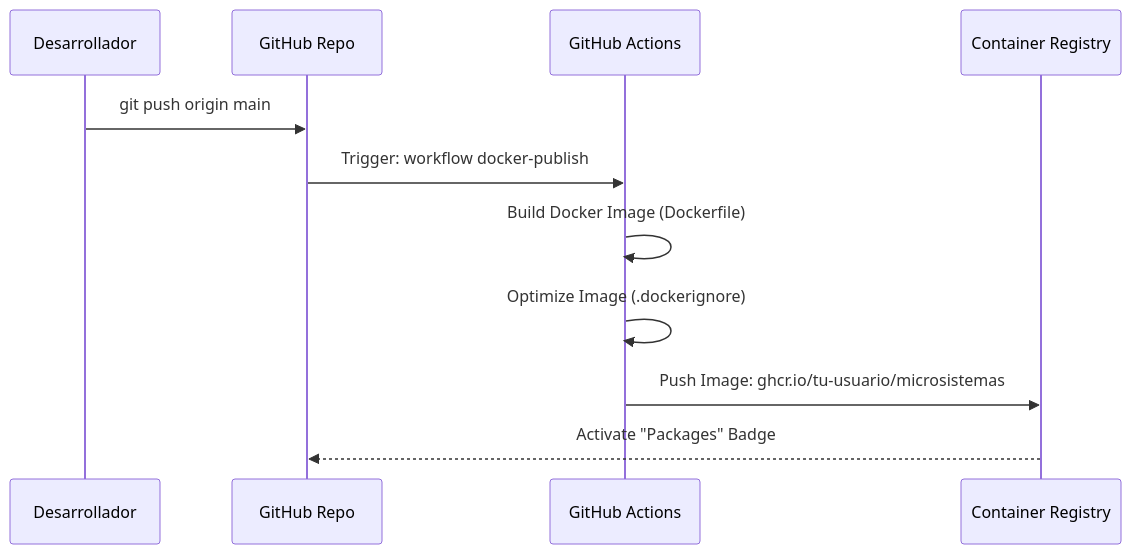
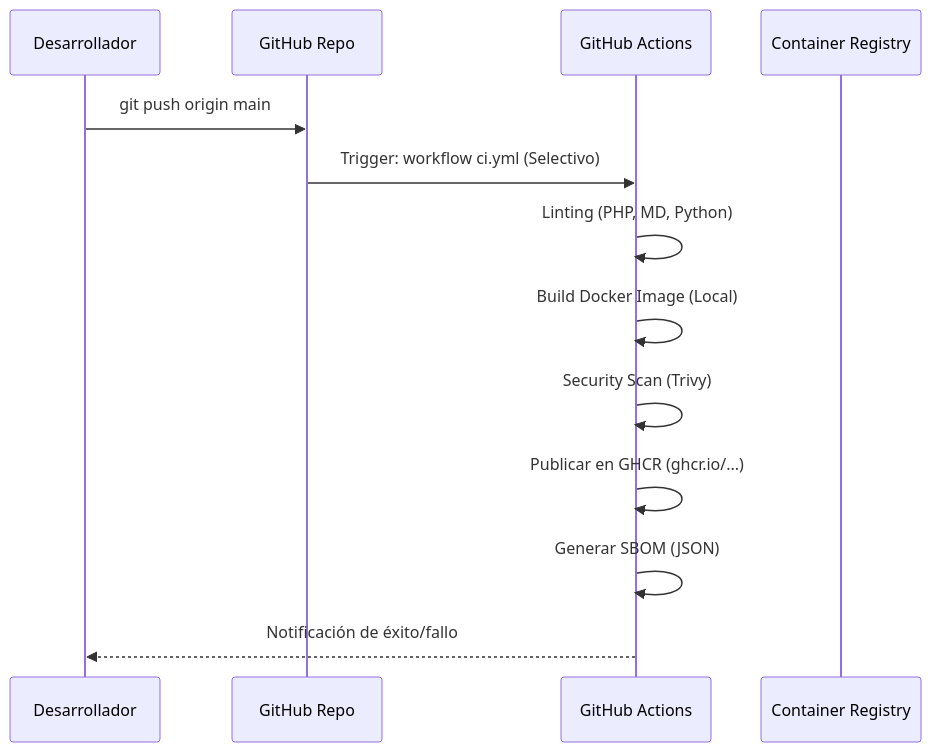
The second of 2 diagrams in docs/ARCHITECTURE.md (vladimiracunadev-create/microsistemas), drawn with Mermaid before and after one commit. The commit also changed 2 other files, not shown here.

Commit message:
docs: actualización final de especificaciones técnicas, arquitectura y catálogo

````diff
--- a/docs/ARCHITECTURE.md
+++ b/docs/ARCHITECTURE.md
@@ -57,14 +57,16 @@
 ```mermaid
 sequenceDiagram
     participant Dev as Desarrollador
     participant GH as GitHub Repo
     participant GA as GitHub Actions
     participant GHCR as Container Registry
 
     Dev->>GH: git push origin main
-    GH->>GA: Trigger: workflow docker-publish
-    GA->>GA: Build Docker Image (Dockerfile)
-    GA->>GA: Optimize Image (.dockerignore)
-    GA->>GHCR: Push Image: ghcr.io/tu-usuario/microsistemas
-    GHCR-->>GH: Activate "Packages" Badge
+    GH->>GA: Trigger: workflow ci.yml (Selectivo)
+    GA->>GA: Linting (PHP, MD, Python)
+    GA->>GA: Build Docker Image (Local)
+    GA->>GA: Security Scan (Trivy)
+    GA->>GA: Publicar en GHCR (ghcr.io/...)
+    GA->>GA: Generar SBOM (JSON)
+    GA-->>Dev: Notificación de éxito/fallo
 ```
````
